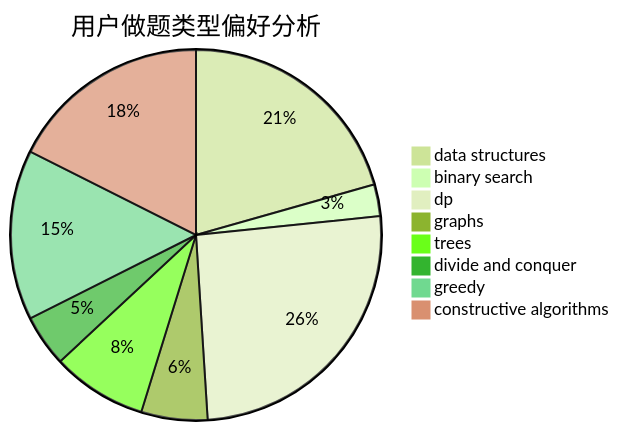
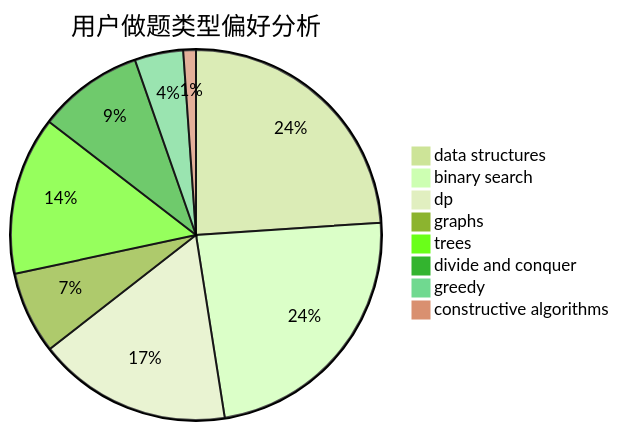
One commit to sherpahu/cfrs.github.io changed the second of 3 diagrams in docs/user/u885.md. Above: the diagram before and after it, drawn with Mermaid (forest theme). The commit also changed other lines of this file and 2770 other files, not shown here.

````diff
--- a/docs/user/u885.md
+++ b/docs/user/u885.md
@@ -23,11 +23,11 @@
 ```mermaid
 pie title 用户做题类型偏好分析
-    "data structures" :  82
-    "binary search" :  11
-    "dp" :  102
-    "graphs" :  23
-    "trees" :  33
-    "divide and conquer" :  18
-    "greedy" :  59
-    "constructive algorithms" :  70
+    "data structures" :  130
+    "binary search" :  128
+    "dp" :  92
+    "graphs" :  39
+    "trees" :  75
+    "divide and conquer" :  50
+    "greedy" :  23
+    "constructive algorithms" :  6
 ```
````
